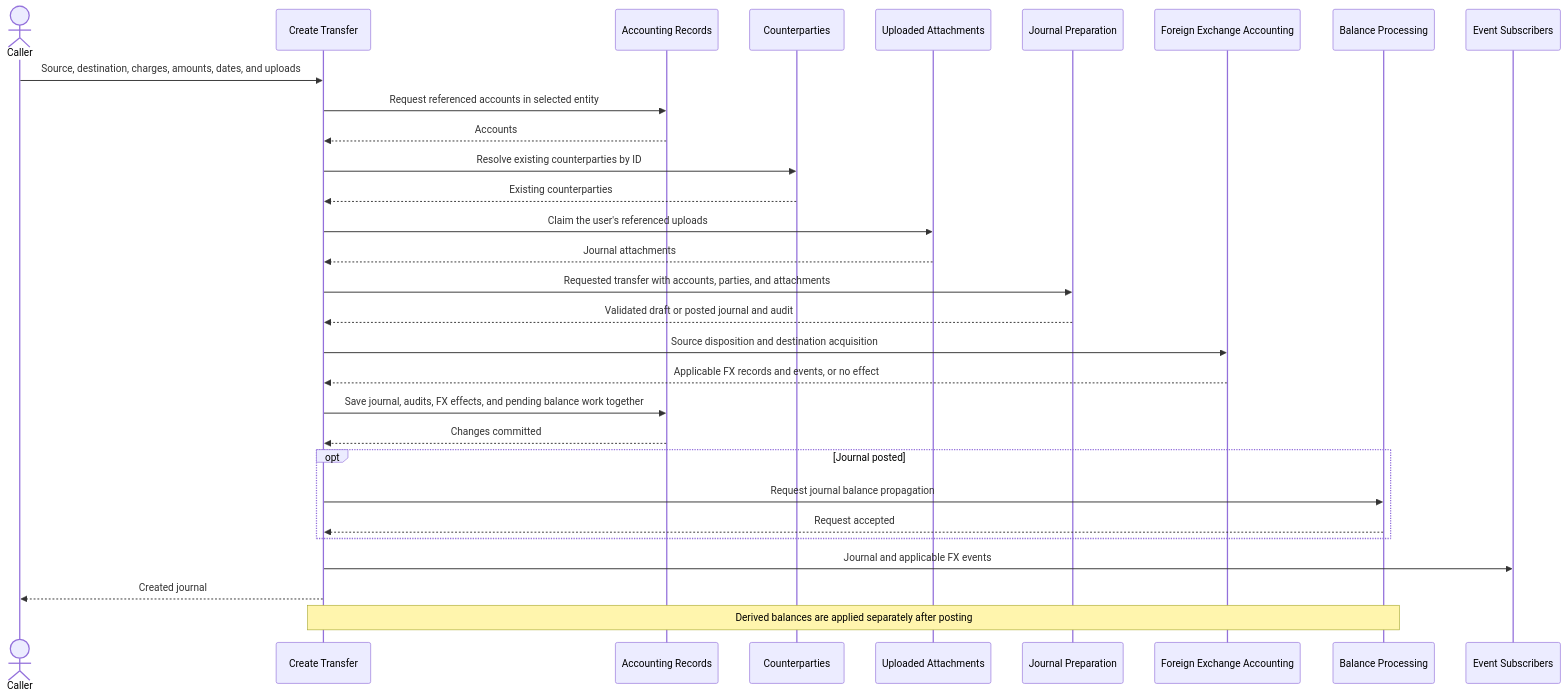
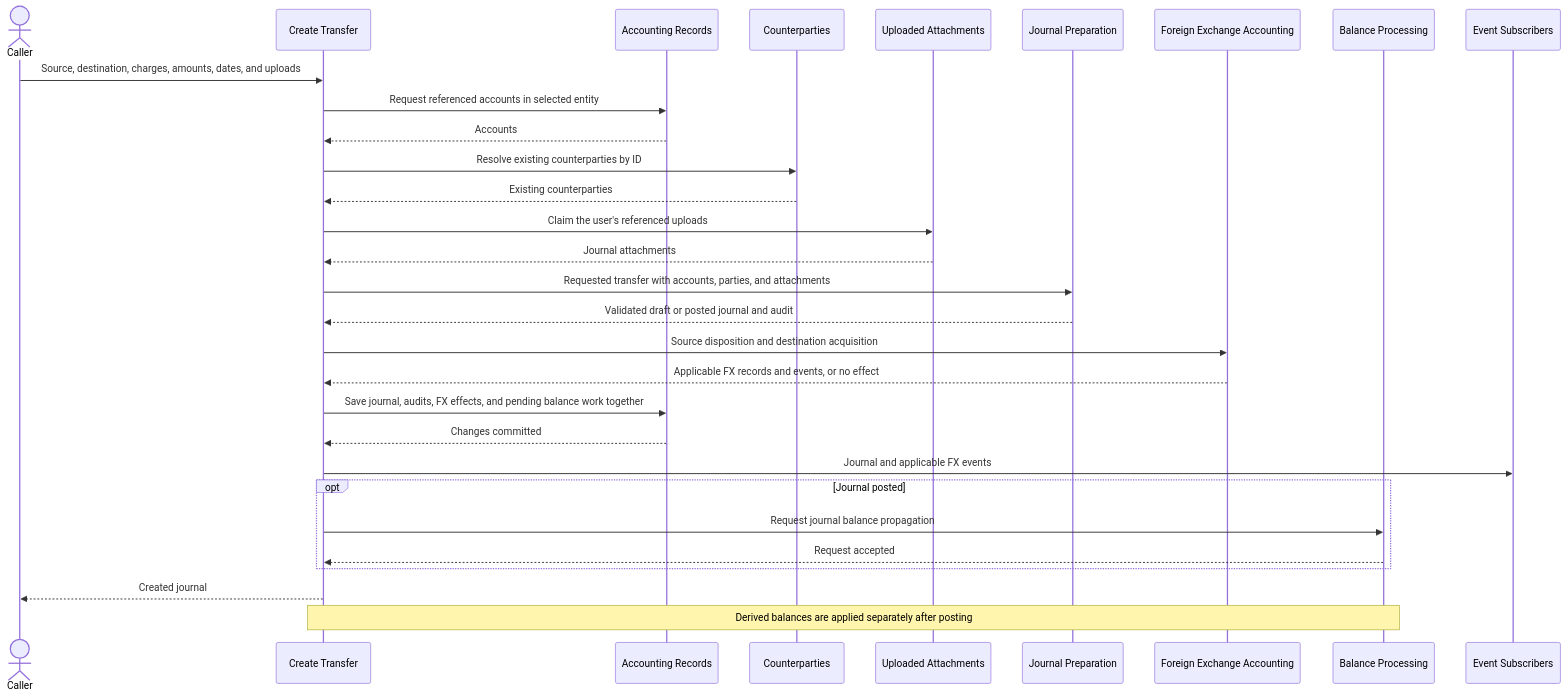
The diagram in src/app/journal-entry/usecases/__docs__/create-transfer.sequence.md (drimsheet/drimsheet-core), drawn with Mermaid before and after one commit. The commit also changed other lines of this file and 19 other files, not shown here.

````diff
--- a/src/app/journal-entry/usecases/__docs__/create-transfer.sequence.md
+++ b/src/app/journal-entry/usecases/__docs__/create-transfer.sequence.md
@@ -3,33 +3,33 @@
 ```mermaid
 sequenceDiagram
     actor Caller
     participant CreateUseCase as Create Transfer
     participant Records as Accounting Records
     participant Parties as Counterparties
     participant Files as Uploaded Attachments
     participant Journal as Journal Preparation
     participant FX as Foreign Exchange Accounting
     participant Balances as Balance Processing
     participant Events as Event Subscribers
 
     Caller->>CreateUseCase: Source, destination, charges, amounts, dates, and uploads
     CreateUseCase->>Records: Request referenced accounts in selected entity
     Records-->>CreateUseCase: Accounts
     CreateUseCase->>Parties: Resolve existing counterparties by ID
     Parties-->>CreateUseCase: Existing counterparties
     CreateUseCase->>Files: Claim the user's referenced uploads
     Files-->>CreateUseCase: Journal attachments
     CreateUseCase->>Journal: Requested transfer with accounts, parties, and attachments
     Journal-->>CreateUseCase: Validated draft or posted journal and audit
     CreateUseCase->>FX: Source disposition and destination acquisition
     FX-->>CreateUseCase: Applicable FX records and events, or no effect
     CreateUseCase->>Records: Save journal, audits, FX effects, and pending balance work together
     Records-->>CreateUseCase: Changes committed
+    CreateUseCase->>Events: Journal and applicable FX events
     opt Journal posted
         CreateUseCase->>Balances: Request journal balance propagation
         Balances-->>CreateUseCase: Request accepted
     end
-    CreateUseCase->>Events: Journal and applicable FX events
     CreateUseCase-->>Caller: Created journal
     Note over CreateUseCase,Balances: Derived balances are applied separately after posting
 ```
````
